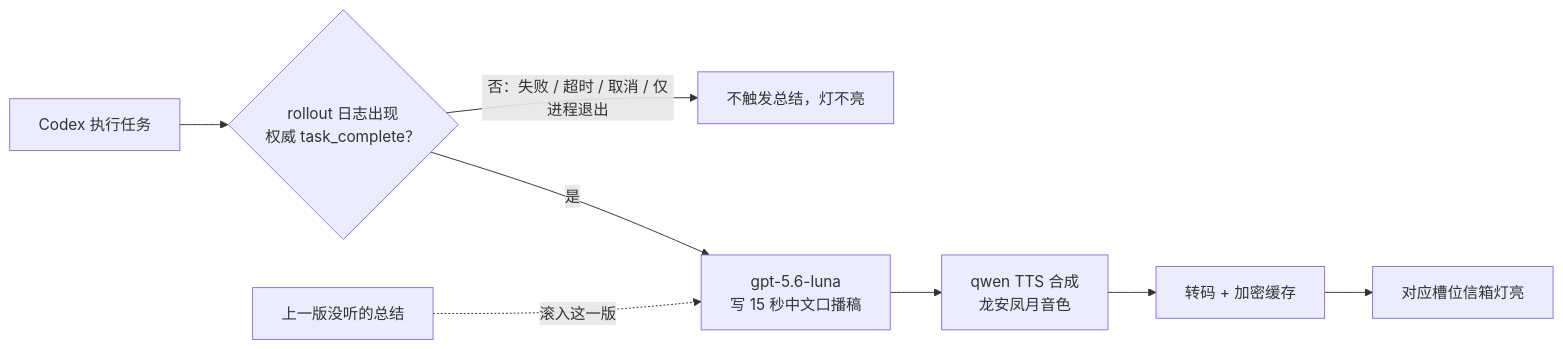
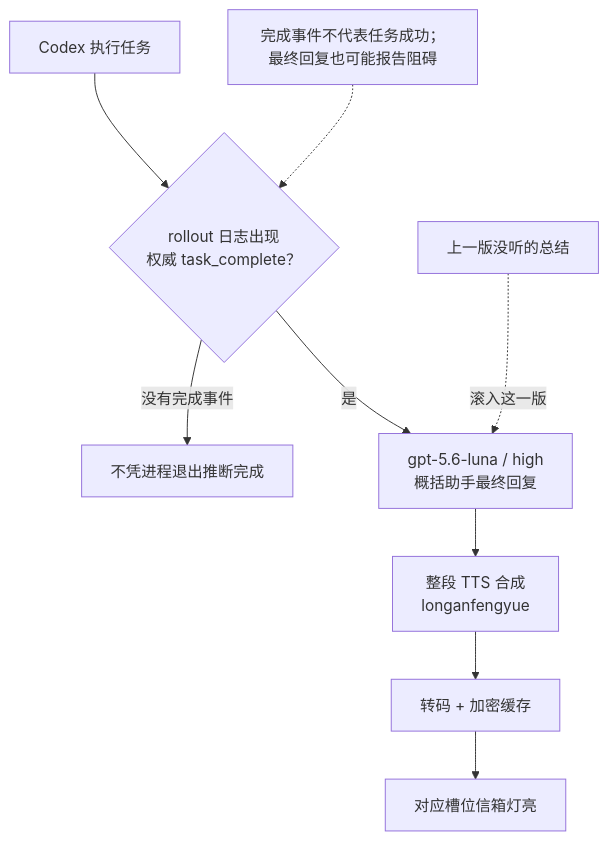
One commit to Larkspur-Wang/Codex_Keyboard changed the diagram in projects/feishu_tutorial_20260817/boards/wb09_完成到亮灯.mmd. Above: the diagram before and after it, drawn with Mermaid. The commit also changed 87 other files, not shown here.

```diff
--- a/projects/feishu_tutorial_20260817/boards/wb09_完成到亮灯.mmd
+++ b/projects/feishu_tutorial_20260817/boards/wb09_完成到亮灯.mmd
@@ -1,8 +1,9 @@
-flowchart LR
+flowchart TD
     A["Codex 执行任务"] --> B{"rollout 日志出现<br/>权威 task_complete？"}
-    B -->|"否：失败 / 超时 / 取消 / 仅进程退出"| X["不触发总结，灯不亮"]
-    B -->|是| C["gpt-5.6-luna<br/>写 15 秒中文口播稿"]
-    C --> D["qwen TTS 合成<br/>龙安凤月音色"]
+    B -->|"没有完成事件"| X["不凭进程退出推断完成"]
+    B -->|是| C["gpt-5.6-luna / high<br/>概括助手最终回复"]
+    C --> D["整段 TTS 合成<br/>longanfengyue"]
     D --> E["转码 + 加密缓存"]
     E --> F["对应槽位信箱灯亮"]
     G["上一版没听的总结"] -.->|滚入这一版| C
+    N["完成事件不代表任务成功；最终回复也可能报告阻碍"] -.-> B
```
